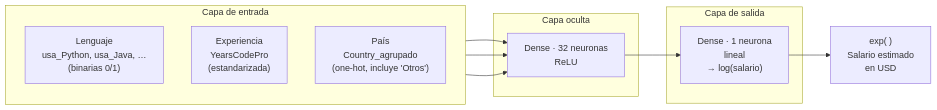
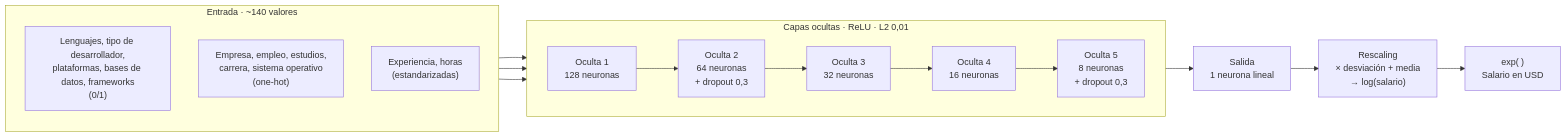
One commit to DanielPuertaBernal/Estadistica3 changed the diagram in PROPUESTA-RED-NEURONAL.md. Above: the diagram before and after it, drawn with Mermaid. The commit also changed other lines of this file and 3 other files, not shown here.

First line of the commit message:
feat: one 5-layer neural network per country for the top 5 countries

````diff
--- a/PROPUESTA-RED-NEURONAL.md
+++ b/PROPUESTA-RED-NEURONAL.md
@@ -165,23 +131,19 @@
 ```mermaid
 flowchart LR
-    subgraph IN["Capa de entrada"]
+    subgraph IN["Entrada · ~140 valores"]
         direction TB
-        L["Lenguaje<br/>usa_Python, usa_Java, …<br/>(binarias 0/1)"]
-        X["Experiencia<br/>YearsCodePro<br/>(estandarizada)"]
-        P["País<br/>Country_agrupado<br/>(one-hot, incluye 'Otros')"]
+        A["Lenguajes, tipo de desarrollador,<br/>plataformas, bases de datos, frameworks<br/>(0/1)"]
+        B["Empresa, empleo, estudios,<br/>carrera, sistema operativo<br/>(one-hot)"]
+        C["Experiencia, horas<br/>(estandarizadas)"]
     end
-
-    subgraph H1["Capa oculta"]
-        D1["Dense · 32 neuronas<br/>ReLU"]
+    subgraph H["Capas ocultas · ReLU · L2 0,01"]
+        direction LR
+        H1["Oculta 1<br/>128 neuronas"] --> H2["Oculta 2<br/>64 neuronas<br/>+ dropout 0,3"] --> H3["Oculta 3<br/>32 neuronas"] --> H4["Oculta 4<br/>16 neuronas"] --> H5["Oculta 5<br/>8 neuronas<br/>+ dropout 0,3"]
     end
-
-    subgraph OUT["Capa de salida"]
-        O["Dense · 1 neurona<br/>lineal<br/>→ log(salario)"]
-    end
-
-    L --> D1
-    X --> D1
-    P --> D1
-    D1 --> O
-    O --> R["exp( )<br/>Salario estimado<br/>en USD"]
+    A --> H1
+    B --> H1
+    C --> H1
+    H5 --> O["Salida<br/>1 neurona lineal"]
+    O --> R["Rescaling<br/>× desviación + media<br/>→ log(salario)"]
+    R --> S["exp( )<br/>Salario en USD"]
 ```
````
